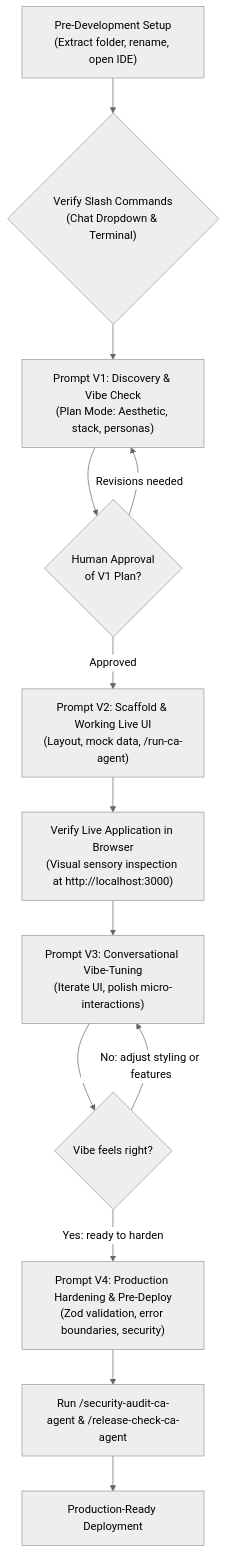
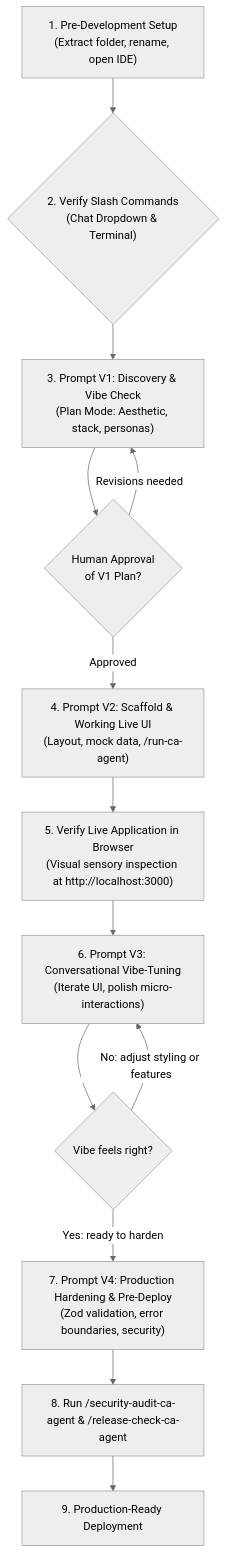
The second of 6 diagrams in README.md (rmsofficialsyt/Agentic-AI-Vibe-Coding-AND-SDD-TDD-Codebase-Chandan-Adhikary), drawn with Mermaid (neutral theme) before and after one commit. The commit also changed other lines of this file and 21 other files, not shown here.

Commit message:
docs: polish README files and embed AI-generated architecture diagrams and workflows

````diff
--- a/README.md
+++ b/README.md
@@ -50,19 +84,19 @@
 ```mermaid
 flowchart TD
-    Setup["Pre-Development Setup<br/>(Extract folder, rename, open IDE)"] --> CmdCheck{"Verify Slash Commands<br/>(Chat Dropdown & Terminal)"}
-    CmdCheck --> PV1["Prompt V1: Discovery & Vibe Check<br/>(Plan Mode: Aesthetic, stack, personas)"]
+    Setup["1. Pre-Development Setup<br/>(Extract folder, rename, open IDE)"] --> CmdCheck{"2. Verify Slash Commands<br/>(Chat Dropdown & Terminal)"}
+    CmdCheck --> PV1["3. Prompt V1: Discovery & Vibe Check<br/>(Plan Mode: Aesthetic, stack, personas)"]
     
     PV1 --> HumanV1{"Human Approval<br/>of V1 Plan?"}
     HumanV1 -->|"Revisions needed"| PV1
-    HumanV1 -->|"Approved"| PV2["Prompt V2: Scaffold & Working Live UI<br/>(Layout, mock data, /run-ca-agent)"]
+    HumanV1 -->|"Approved"| PV2["4. Prompt V2: Scaffold & Working Live UI<br/>(Layout, mock data, /run-ca-agent)"]
     
-    PV2 --> LiveCheck["Verify Live Application in Browser<br/>(Visual sensory inspection at http://localhost:3000)"]
+    PV2 --> LiveCheck["5. Verify Live Application in Browser<br/>(Visual sensory inspection at http://localhost:3000)"]
     
-    LiveCheck --> PV3["Prompt V3: Conversational Vibe-Tuning<br/>(Iterate UI, polish micro-interactions)"]
+    LiveCheck --> PV3["6. Prompt V3: Conversational Vibe-Tuning<br/>(Iterate UI, polish micro-interactions)"]
     PV3 --> Loop{"Vibe feels right?"}
     Loop -->|"No: adjust styling or features"| PV3
-    Loop -->|"Yes: ready to harden"| PV4["Prompt V4: Production Hardening & Pre-Deploy<br/>(Zod validation, error boundaries, security)"]
+    Loop -->|"Yes: ready to harden"| PV4["7. Prompt V4: Production Hardening & Pre-Deploy<br/>(Zod validation, error boundaries, security)"]
     
-    PV4 --> Audits["Run /security-audit-ca-agent & /release-check-ca-agent"]
-    Audits --> Ship["Production-Ready Deployment"]
+    PV4 --> Audits["8. Run /security-audit-ca-agent & /release-check-ca-agent"]
+    Audits --> Ship["9. Production-Ready Deployment"]
 ```
````
